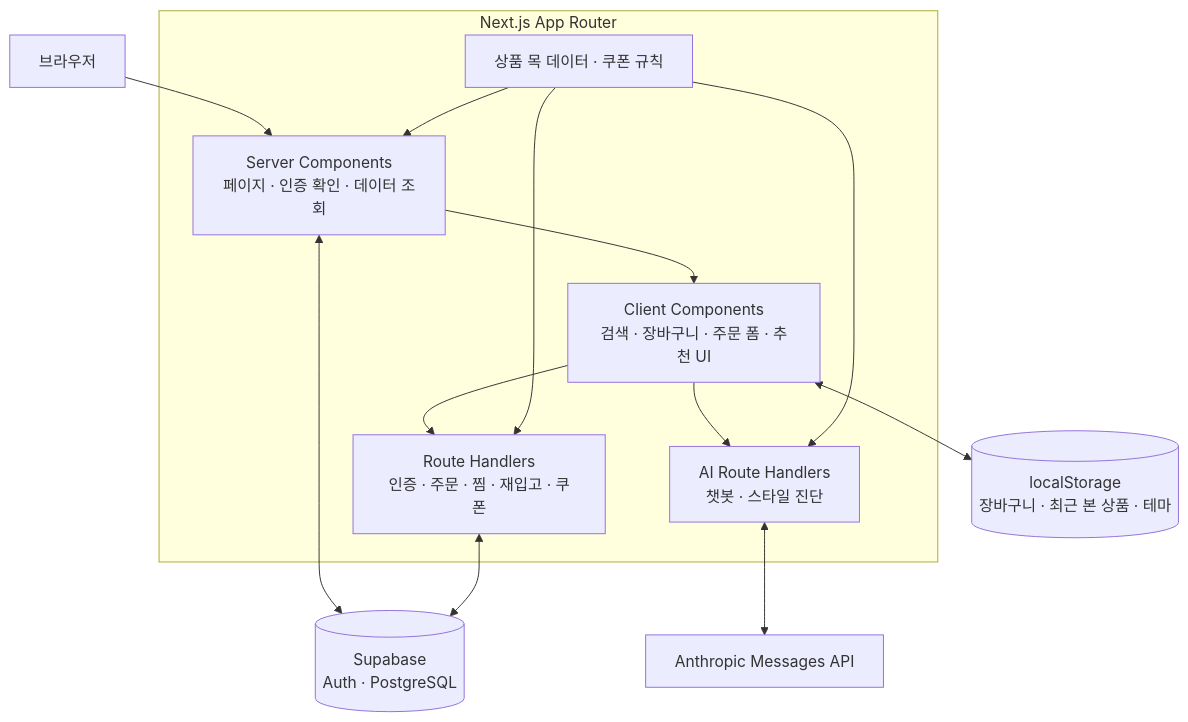
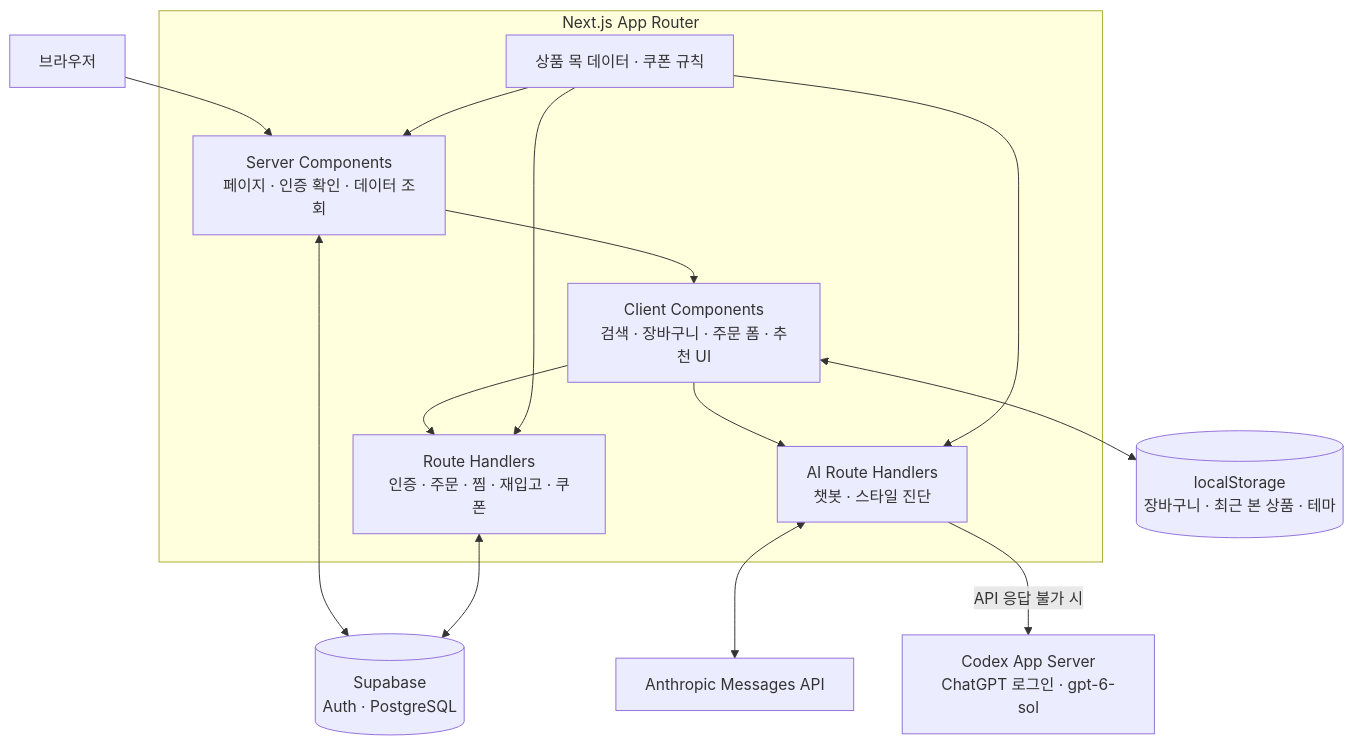
Before and after one commit to dkffprtm0404-rgb/VibeCodingUsingAI: the diagram in README.md, drawn with Mermaid. The commit also changed other lines of this file and 12 other files, not shown here.

Commit message:
2026 10 22 codex app server 기능 추가 (default login account gpt sol 6)

````diff
--- a/README.md
+++ b/README.md
@@ -62,28 +64,30 @@
 ```mermaid
 flowchart TB
     USER["브라우저"]
 
     subgraph NEXT["Next.js App Router"]
         SERVER["Server Components<br/>페이지 · 인증 확인 · 데이터 조회"]
         CLIENT["Client Components<br/>검색 · 장바구니 · 주문 폼 · 추천 UI"]
         API["Route Handlers<br/>인증 · 주문 · 찜 · 재입고 · 쿠폰"]
         AI["AI Route Handlers<br/>챗봇 · 스타일 진단"]
         DATA["상품 목 데이터 · 쿠폰 규칙"]
     end
 
     LOCAL[("localStorage<br/>장바구니 · 최근 본 상품 · 테마")]
     SUPABASE[("Supabase<br/>Auth · PostgreSQL")]
     CLAUDE["Anthropic Messages API"]
+    CODEX["Codex App Server<br/>ChatGPT 로그인 · gpt-6-sol"]
 
     USER --> SERVER
     SERVER --> CLIENT
     CLIENT <--> LOCAL
     CLIENT --> API
     CLIENT --> AI
     SERVER <--> SUPABASE
     API <--> SUPABASE
     DATA --> SERVER
     DATA --> API
     DATA --> AI
     AI <--> CLAUDE
+    AI -->|"API 응답 불가 시"| CODEX
 ```
````
